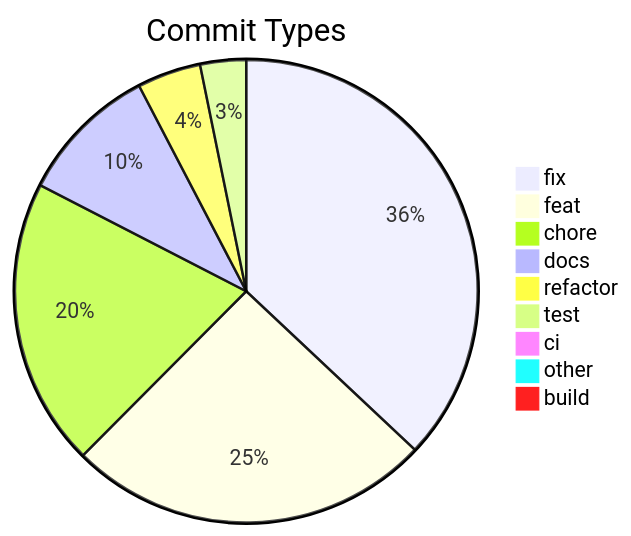
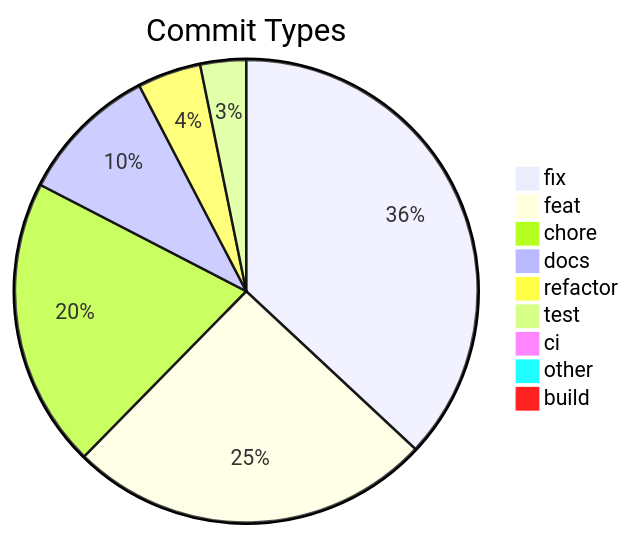
One commit to svenroth-ai/shipwright-webui changed the diagram in .shipwright/compliance/change-history.md. Above: the diagram before and after it, drawn with Mermaid. The commit also changed other lines of this file and 21 other files, not shown here.

````diff
--- a/.shipwright/compliance/change-history.md
+++ b/.shipwright/compliance/change-history.md
@@ -8,12 +8,12 @@
 ```mermaid
 pie title Commit Types
     "fix" : 208
     "feat" : 143
-    "chore" : 113
+    "chore" : 114
     "docs" : 55
     "refactor" : 25
     "test" : 18
     "ci" : 5
     "other" : 4
     "build" : 1
 ```
````
